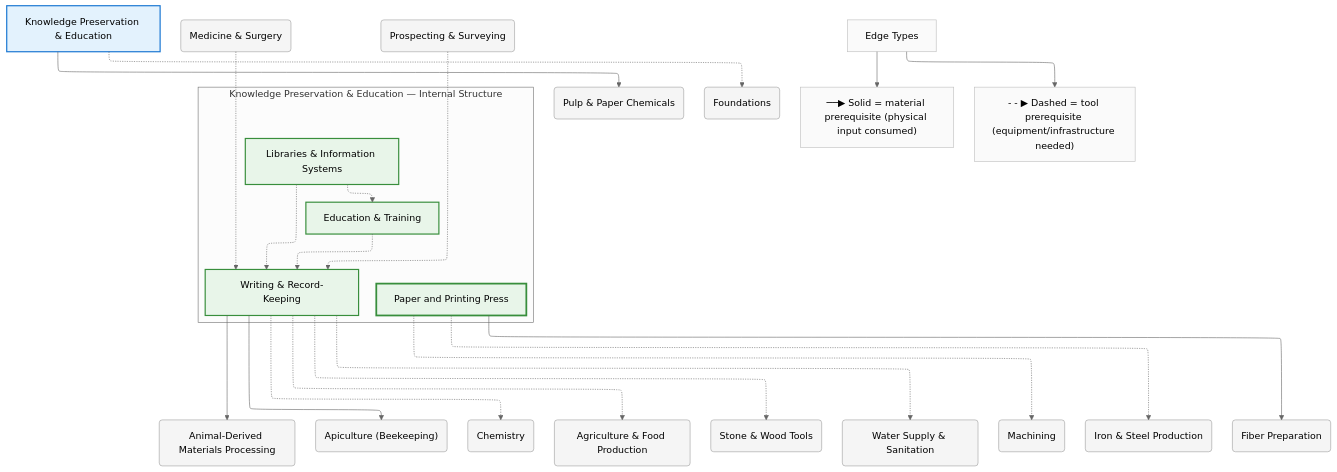
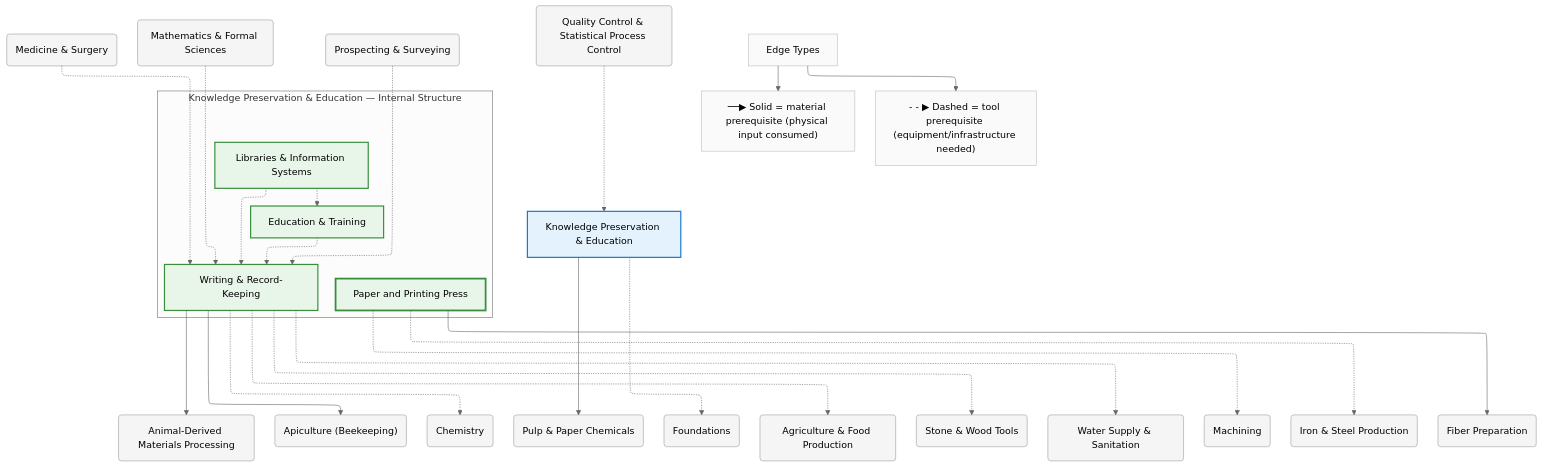
One commit to egofree/TechTree changed the diagram in diagrams/mermaid/knowledge.mmd. Above: the diagram before and after it, drawn with Mermaid (neutral theme). The commit also changed 56 other files, not shown here.

```diff
--- a/diagrams/mermaid/knowledge.mmd
+++ b/diagrams/mermaid/knowledge.mmd
@@ -1,82 +1,88 @@
 %%{init: {"flowchart": {"defaultRenderer": "elk", "htmlLabels": true}}}%%
 graph TD
     %% Domain: Knowledge Preservation & Education
 
     %% ==================== INTERNAL NODES ====================
     subgraph knowledge_internal ["Knowledge Preservation & Education — Internal Structure"]
         direction TB
         knowledge_writing["Writing & Record-Keeping"]
         knowledge_education["Education & Training"]
         knowledge_libraries["Libraries & Information Systems"]
         knowledge_printing["Paper and Printing Press"]
     end
 
     %% ==================== DOMAIN NODE ====================
     knowledge["Knowledge Preservation & Education"]
 
     %% ==================== EXTERNAL DEPENDENCIES ====================
     animals_animal-materials("Animal-Derived Materials Processing")
     animals_beekeeping("Apiculture (Beekeeping)")
     chemistry("Chemistry")
     chemistry_pulp-chemicals("Pulp & Paper Chemicals")
     foundations("Foundations")
     foundations_food-agriculture("Agriculture & Food Production")
     foundations_tools-basic("Stone & Wood Tools")
     health_medicine("Medicine & Surgery")
     health_sanitation("Water Supply & Sanitation")
     machine-tools_machining("Machining")
+    mathematics("Mathematics & Formal Sciences")
     metals_iron-steel("Iron & Steel Production")
     mining_prospecting("Prospecting & Surveying")
+    quality-control("Quality Control & Statistical Process Control")
     textiles_fibers("Fiber Preparation")
 
     %% ==================== EDGES ====================
     knowledge_education -.-> knowledge_writing
     knowledge_libraries -.-> knowledge_writing
     knowledge_libraries -.-> knowledge_education
     knowledge -.-> foundations
     knowledge_writing -.-> foundations_tools-basic
     knowledge_writing -.-> foundations_food-agriculture
     health_medicine -.-> knowledge_writing
     mining_prospecting -.-> knowledge_writing
     knowledge_printing -.-> metals_iron-steel
     knowledge_printing --> textiles_fibers
     knowledge_printing -.-> machine-tools_machining
     knowledge_writing -.-> chemistry
     knowledge_writing -.-> health_sanitation
     knowledge --> chemistry_pulp-chemicals
     knowledge_writing --> animals_animal-materials
     knowledge_writing --> animals_beekeeping
+    mathematics -.-> knowledge_writing
+    quality-control -.-> knowledge
 
     %% ==================== EDGE TYPE LEGEND ====================
     EdgeLegend["Edge Types"]
     EdgeLegend --> MatNote["──▶ Solid = material prerequisite (physical input consumed)"]
     EdgeLegend --> ToolNote["- - ▶ Dashed = tool prerequisite (equipment/infrastructure needed)"]
 
     %% ==================== STYLING ====================
     classDef domain fill:#e3f2fd,stroke:#1976d2,stroke-width:2px
     classDef capability fill:#e8f5e9,stroke:#388e3c,stroke-width:2px
     classDef process fill:#fff3e0,stroke:#f57c00,stroke-width:2px
     classDef critical fill:#fff3e0,stroke:#f57c00,stroke-width:3px
     classDef earlyWin fill:#e8f5e9,stroke:#388e3c,stroke-width:3px
     classDef pinnacle fill:#fce4ec,stroke:#c62828,stroke-width:3px
     classDef external fill:#f5f5f5,stroke:#9e9e9e,stroke-width:1px
     classDef legend fill:#fafafa,stroke:#bdbdbd,stroke-width:1px
     class knowledge domain
     class knowledge_writing capability
     class knowledge_education capability
     class knowledge_libraries capability
     class knowledge_printing earlyWin
     class animals_animal-materials external
     class animals_beekeeping external
     class chemistry external
     class chemistry_pulp-chemicals external
     class foundations external
     class foundations_food-agriculture external
     class foundations_tools-basic external
     class health_medicine external
     class health_sanitation external
     class machine-tools_machining external
+    class mathematics external
     class metals_iron-steel external
     class mining_prospecting external
+    class quality-control external
     class textiles_fibers external
     class EdgeLegend,MatNote,ToolNote legend
```
